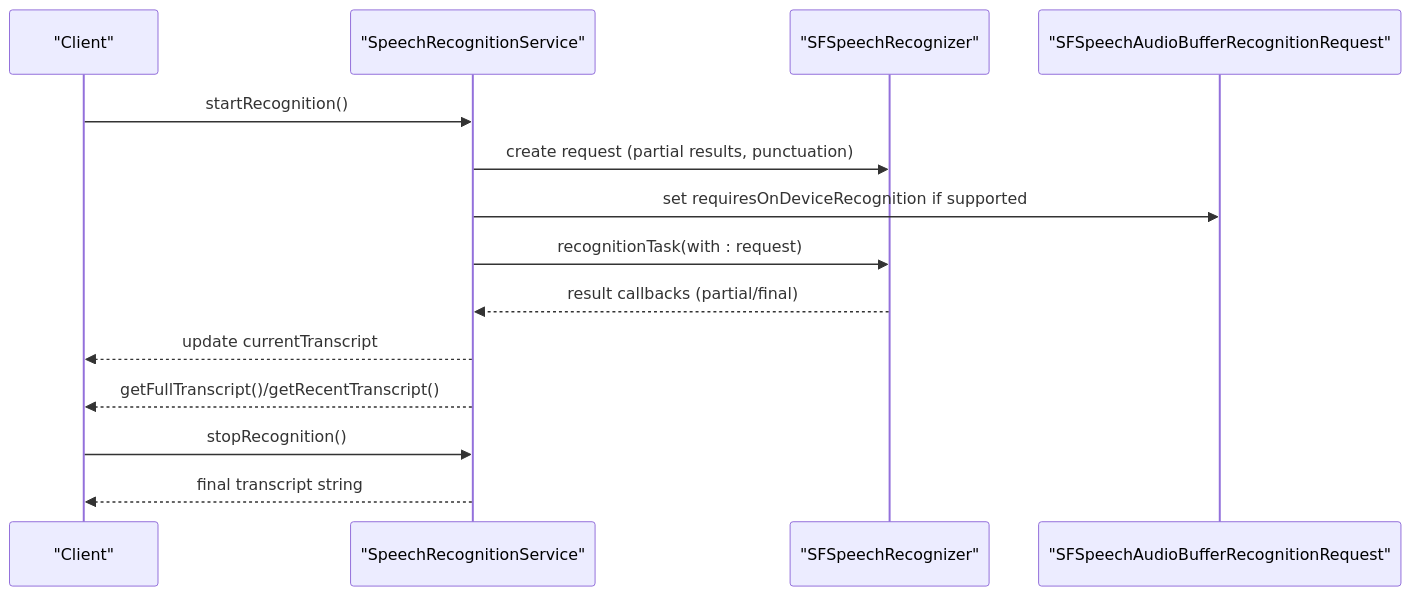
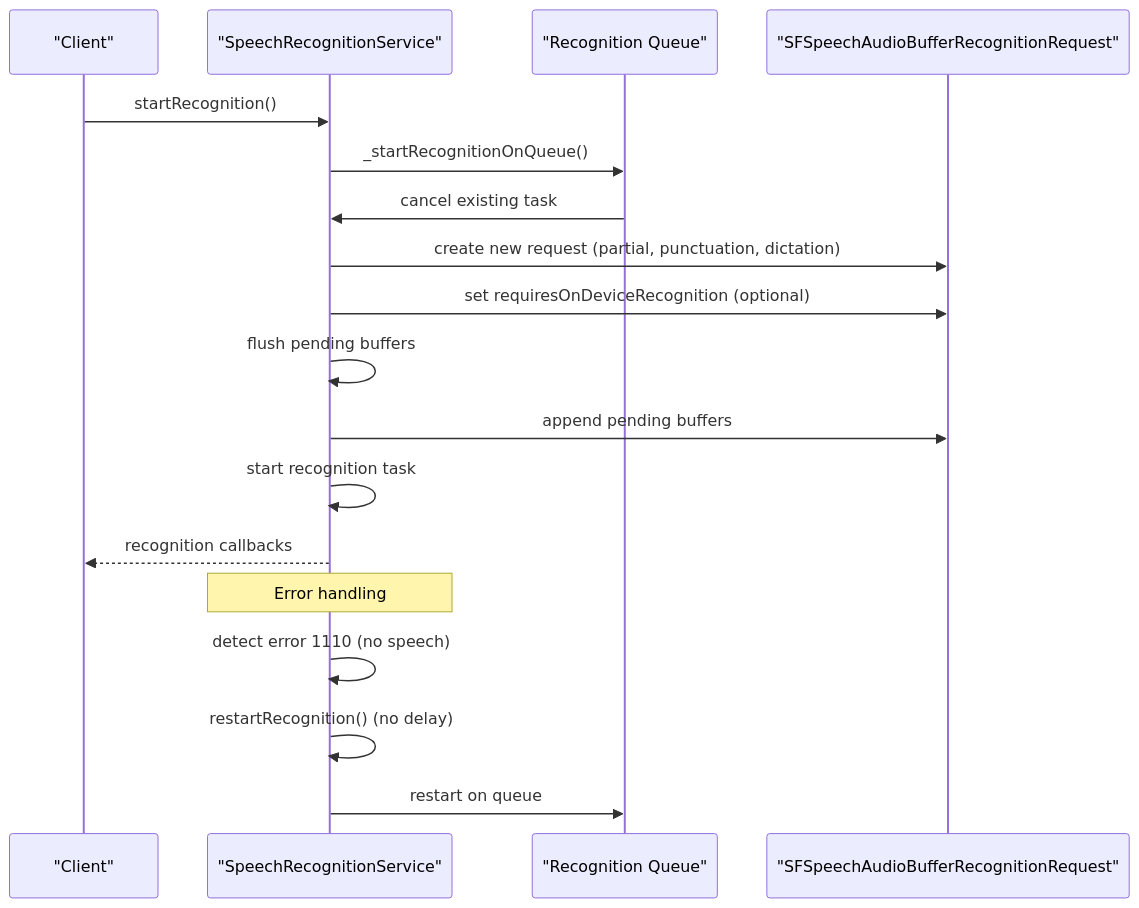
The sixth of 6 diagrams in .qoder/repowiki/en/content/Core Services/Audio Processing.md (alexandreybasta-cyber/factshield-ios), drawn with Mermaid before and after one commit. The commit also changed other lines of this file and 97 other files, not shown here.

````diff
--- a/.qoder/repowiki/en/content/Core Services/Audio Processing.md
+++ b/.qoder/repowiki/en/content/Core Services/Audio Processing.md
@@ -251,16 +270,20 @@
 ```mermaid
 sequenceDiagram
 participant Client as "Client"
 participant SRS as "SpeechRecognitionService"
-participant SFR as "SFSpeechRecognizer"
-participant Req as "SFSpeechAudioBufferRecognitionRequest"
+participant Queue as "Recognition Queue"
+participant Request as "SFSpeechAudioBufferRecognitionRequest"
 Client->>SRS : startRecognition()
-SRS->>SFR : create request (partial results, punctuation)
-SRS->>Req : set requiresOnDeviceRecognition if supported
-SRS->>SFR : recognitionTask(with : request)
-SFR-->>SRS : result callbacks (partial/final)
-SRS-->>Client : update currentTranscript
-SRS-->>Client : getFullTranscript()/getRecentTranscript()
-Client->>SRS : stopRecognition()
-SRS-->>Client : final transcript string
+SRS->>Queue : _startRecognitionOnQueue()
+Queue->>SRS : cancel existing task
+SRS->>Request : create new request (partial, punctuation, dictation)
+SRS->>Request : set requiresOnDeviceRecognition (optional)
+SRS->>SRS : flush pending buffers
+SRS->>Request : append pending buffers
+SRS->>SRS : start recognition task
+SRS-->>Client : recognition callbacks
+Note over SRS : Error handling
+SRS->>SRS : detect error 1110 (no speech)
+SRS->>SRS : restartRecognition() (no delay)
+SRS->>Queue : restart on queue
 ```
````
